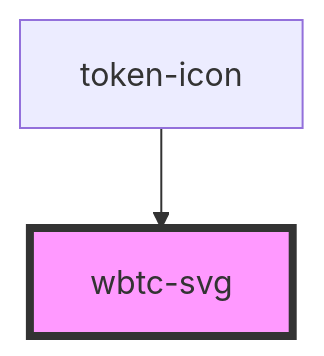
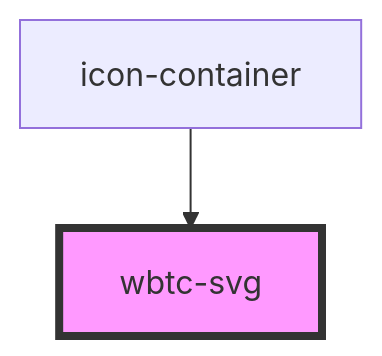
The diagram in packages/stencil-components/src/components/wbtc-svg/readme.md (PactsTech/pacts-components), drawn with Mermaid before and after one commit. The commit also changed other lines of this file and 26 other files, not shown here.

Commit message:
feat: add icon container and row components

````diff
--- a/packages/stencil-components/src/components/wbtc-svg/readme.md
+++ b/packages/stencil-components/src/components/wbtc-svg/readme.md
@@ -15,5 +15,5 @@
 ```mermaid
 graph TD;
-  token-icon --> wbtc-svg
+  icon-container --> wbtc-svg
   style wbtc-svg fill:#f9f,stroke:#333,stroke-width:4px
 ```
````
